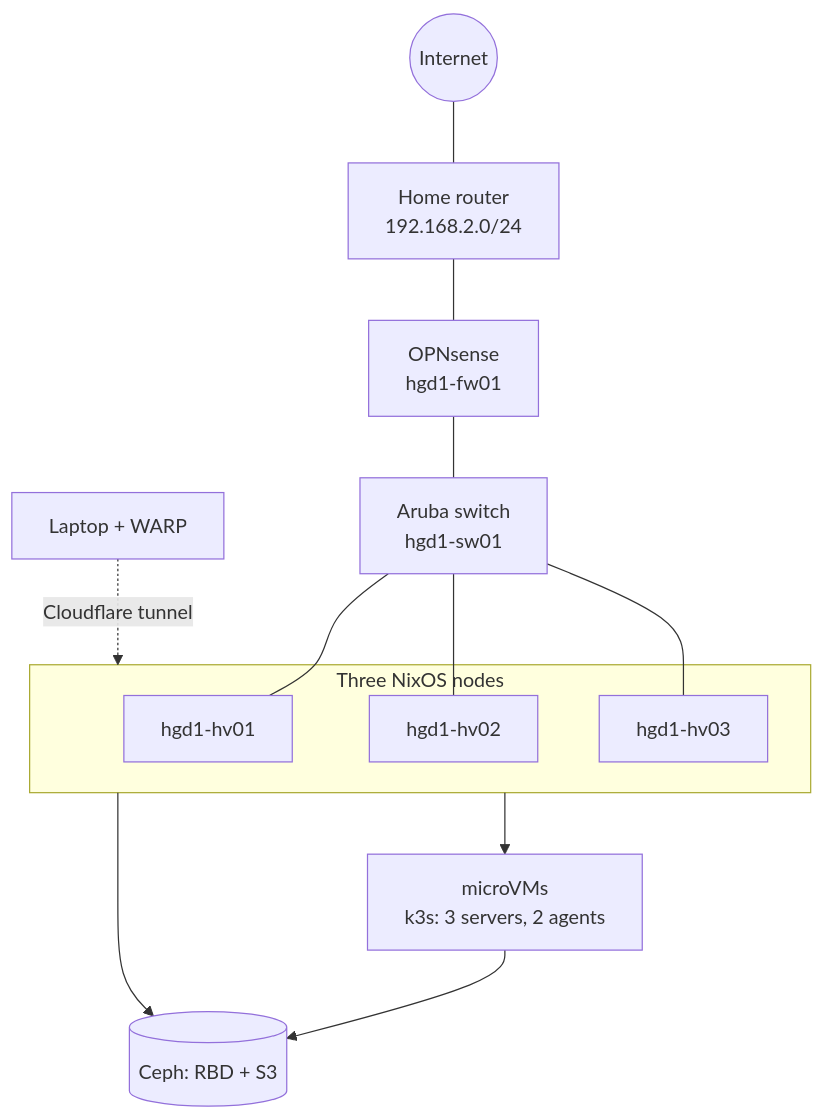
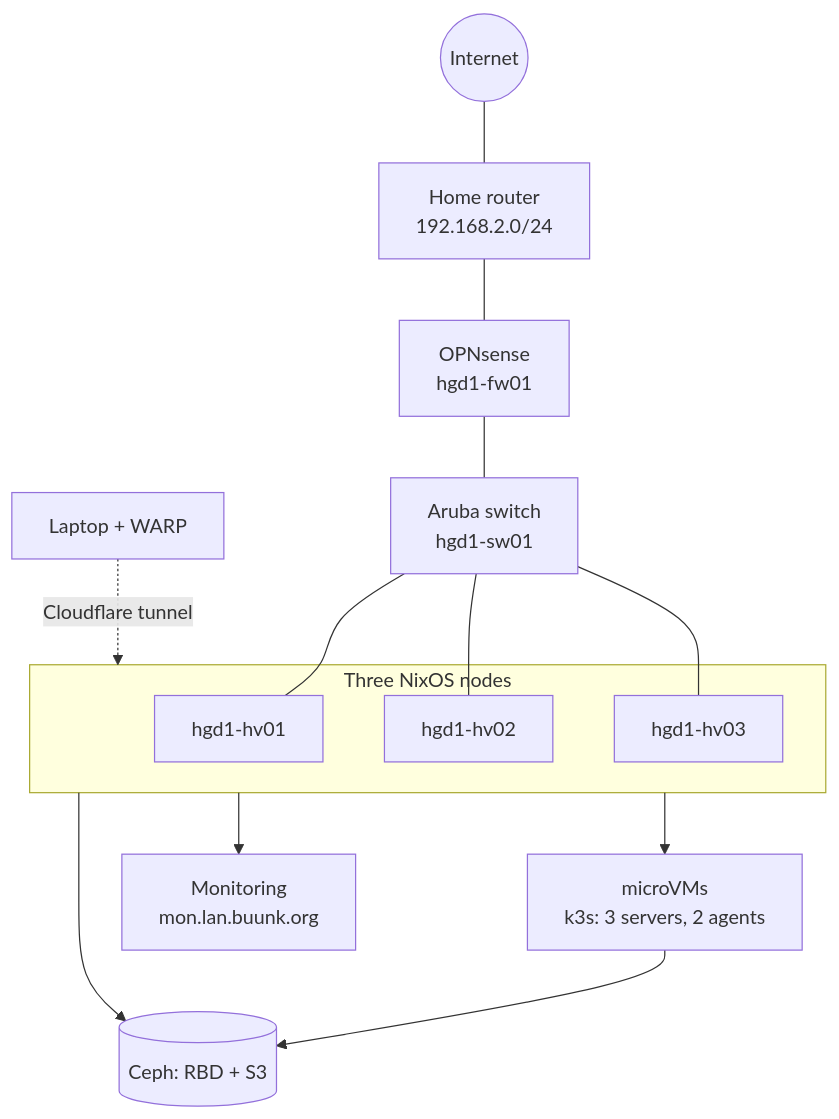
The diagram in docs/index.md (jurrebuunk/nix-cluster), drawn with Mermaid before and after one commit. The commit also changed other lines of this file and 26 other files, not shown here.

First line of the commit message:
Document monitoring, the finished k3s cluster and all credentials

````diff
--- a/docs/index.md
+++ b/docs/index.md
@@ -73,16 +73,17 @@
 ```mermaid
 flowchart TB
   internet((Internet)) --- home[Home router<br/>192.168.2.0/24]
   home --- fw[OPNsense<br/>hgd1-fw01]
   fw --- sw[Aruba switch<br/>hgd1-sw01]
   sw --- hv01[hgd1-hv01] & hv02[hgd1-hv02] & hv03[hgd1-hv03]
   subgraph cluster [Three NixOS nodes]
     hv01
     hv02
     hv03
   end
   cluster --> ceph[(Ceph: RBD + S3)]
   cluster --> vms[microVMs<br/>k3s: 3 servers, 2 agents]
   vms --> ceph
+  cluster --> mon[Monitoring<br/>mon.lan.buunk.org]
   laptop[Laptop + WARP] -. Cloudflare tunnel .-> cluster
 ```
````
